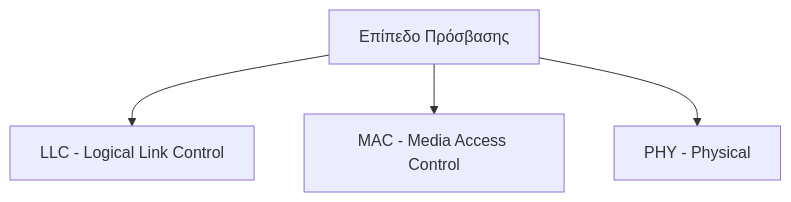
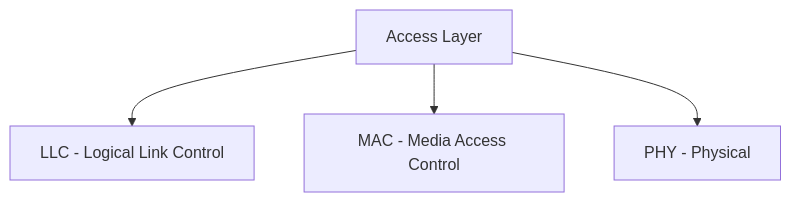
The first of 3 diagrams in Year_1/Semester_2/NETWORKING/Resources/Notes/3. OSI and TCP-IP.md (PanagopoulosNikolaos/DitOpenNotes), drawn with Mermaid before and after one commit. The commit also changed other lines of this file and 61 other files, not shown here.

````diff
--- a/Year_1/Semester_2/NETWORKING/Resources/Notes/3. OSI and TCP-IP.md
+++ b/Year_1/Semester_2/NETWORKING/Resources/Notes/3. OSI and TCP-IP.md
@@ -22,6 +22,6 @@
 ```Mermaid
 graph TD
-    A[Επίπεδο Πρόσβασης] --> B[LLC - Logical Link Control]
+    A[Access Layer] --> B[LLC - Logical Link Control]
     A --> C[MAC - Media Access Control]
     A --> D[PHY - Physical]
 ```
````
